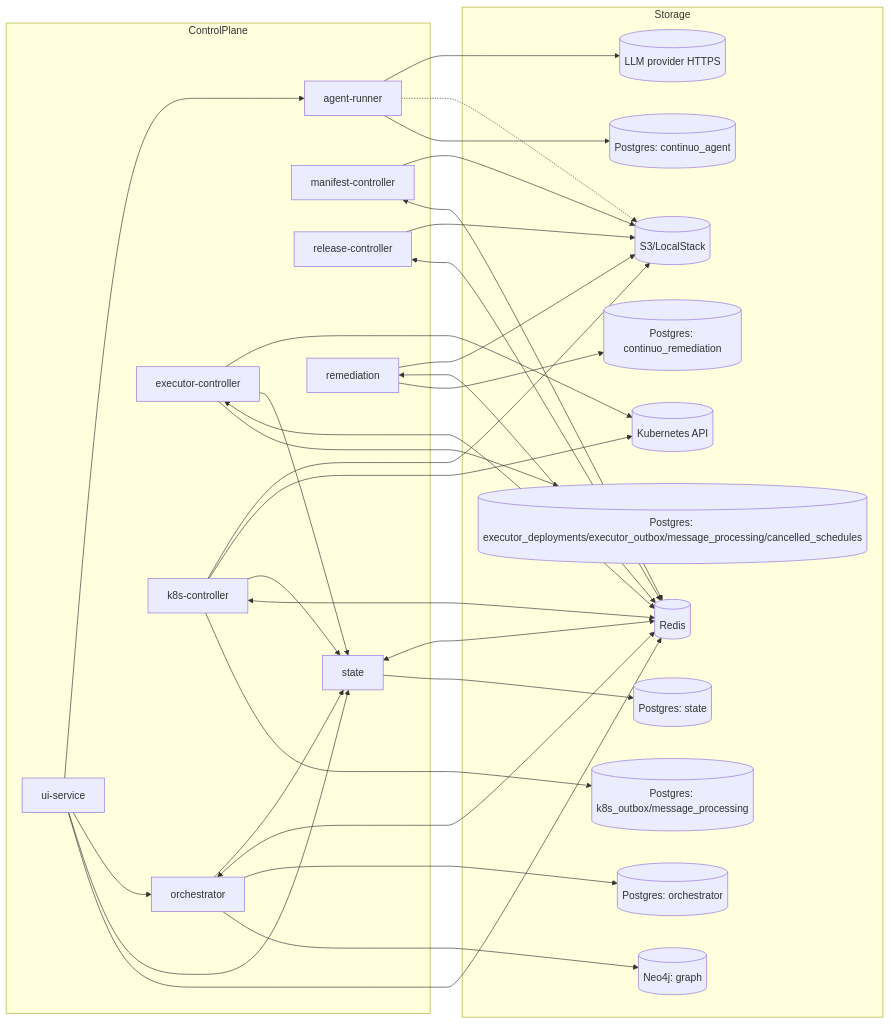
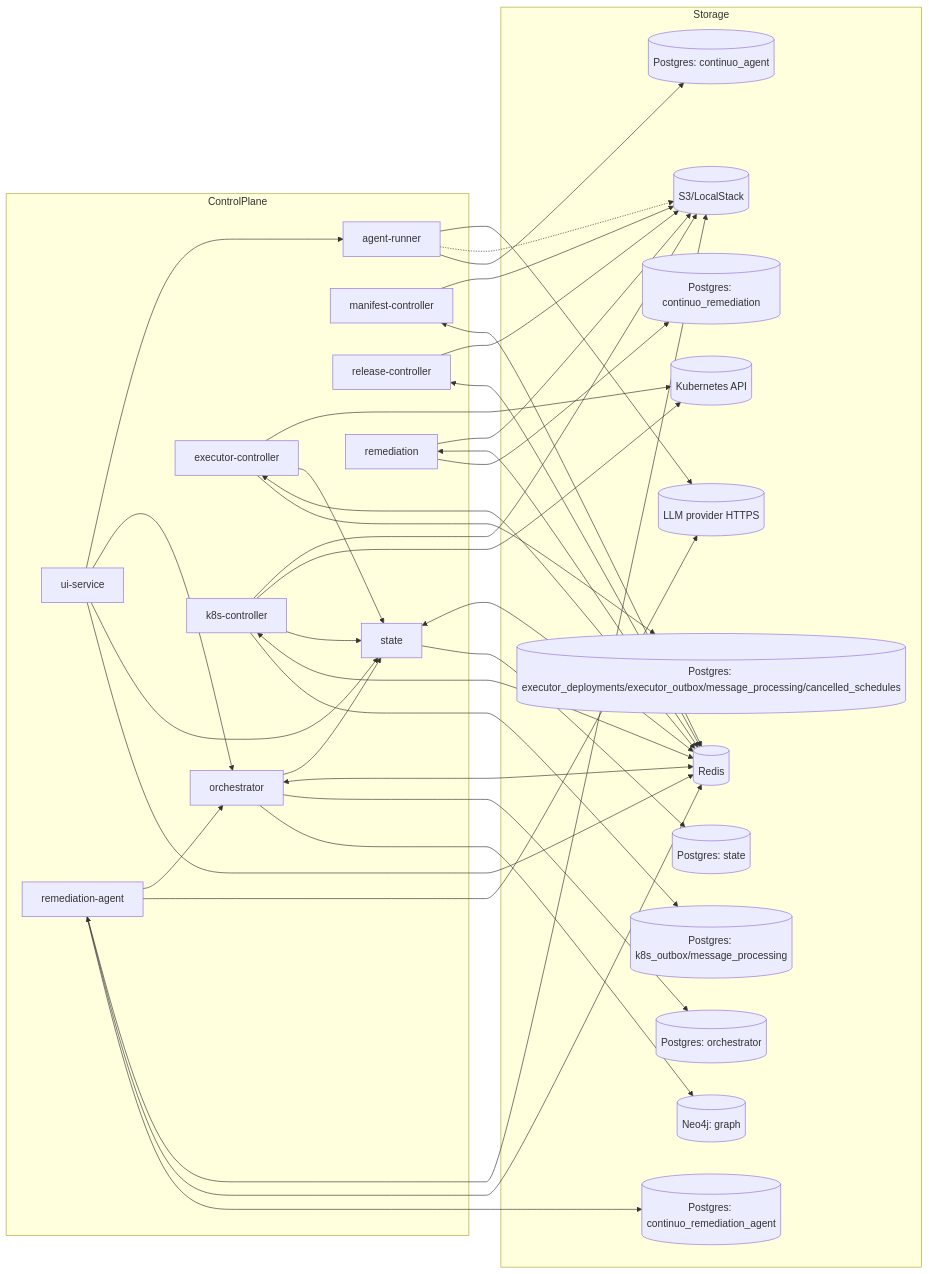
The first of 2 diagrams in docs/arch/01-topology.md (carolsimone/continuo), drawn with Mermaid before and after one commit. The commit also changed other lines of this file and 83 other files, not shown here.

First line of the commit message:
feat(remediation-agent): fix proposer service — LLM-propose a corrected SQL for healable validation rejections (#192)

````diff
--- a/docs/arch/01-topology.md
+++ b/docs/arch/01-topology.md
@@ -5,61 +5,68 @@
 ```mermaid
 flowchart LR
   subgraph ControlPlane
     ST[state]
     OR[orchestrator]
     EC[executor-controller]
     KC[k8s-controller]
     MC[manifest-controller]
     RC[release-controller]
     UI[ui-service]
     AR[agent-runner]
     REM[remediation]
+    REMA[remediation-agent]
   end
 
   subgraph Storage
     STDB[(Postgres: state)]
     ORPG[(Postgres: orchestrator)]
     GRDB[(Neo4j: graph)]
     ECPG[(Postgres: executor_deployments/executor_outbox/message_processing/cancelled_schedules)]
     KCPG[(Postgres: k8s_outbox/message_processing)]
     AGPG[(Postgres: continuo_agent)]
     REMPG[(Postgres: continuo_remediation)]
+    REMAGPG[(Postgres: continuo_remediation_agent)]
     S3[(S3/LocalStack)]
     K8S[(Kubernetes API)]
     R[(Redis)]
     LLM[(LLM provider HTTPS)]
   end
 
   ST --> STDB
   OR --> GRDB
   OR --> ORPG
   EC --> ECPG
   KC --> KCPG
   AR --> AGPG
   REM --> REMPG
+  REMA --> REMAGPG
 
   ST <--> R
   OR <--> R
   EC <--> R
   KC <--> R
   MC <--> R
   RC <--> R
   UI --> R
   REM <--> R
+  REMA <--> R
 
   OR --> ST
   EC --> ST
   KC --> ST
   UI --> ST
   UI --> OR
   UI --> AR
 
   EC --> K8S
   KC --> K8S
   KC --> S3
   MC --> S3
   RC --> S3
   AR -.-> S3
   AR --> LLM
   REM --> S3
+  REMA --> S3
+  REMA --> LLM
+  REMA --> OR
 ```
````
